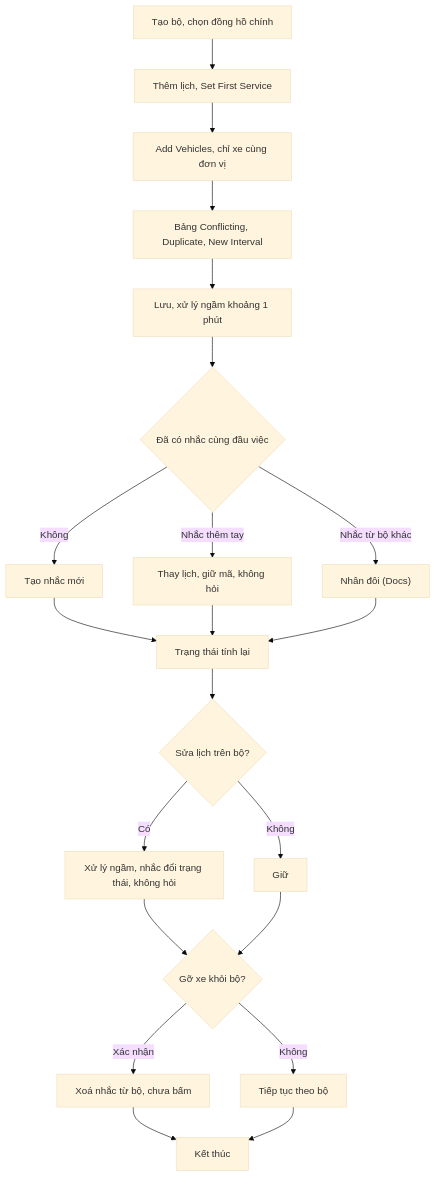
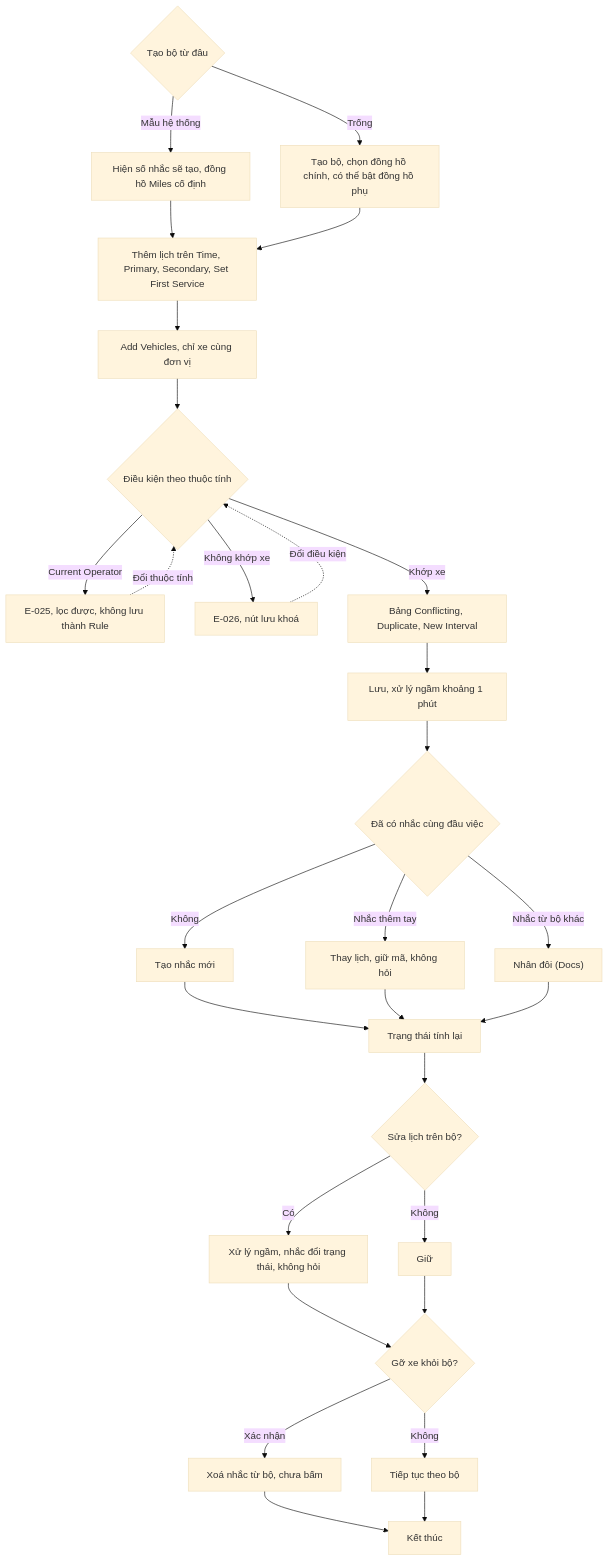
One commit to szitphan/invlogis changed the sixth of 17 diagrams in docs/_research/fleetio/srs/fleetio-reminders-inspection-flows.md. Above: the diagram before and after it, drawn with Mermaid (base theme). The commit also changed other lines of this file and 113 other files, not shown here.

````diff
--- a/docs/_research/fleetio/srs/fleetio-reminders-inspection-flows.md
+++ b/docs/_research/fleetio/srs/fleetio-reminders-inspection-flows.md
@@ -152,23 +157,32 @@
 ```mermaid
 flowchart TD
-    A["Tạo bộ, chọn đồng hồ chính"] --> B["Thêm lịch, Set First Service"]
+    A0{"Tạo bộ từ đâu"}
+    A0 -->|"Mẫu hệ thống"| A1["Hiện số nhắc sẽ tạo, đồng hồ Miles cố định"]
+    A0 -->|"Trống"| A["Tạo bộ, chọn đồng hồ chính, có thể bật đồng hồ phụ"]
+    A1 --> B
+    A --> B["Thêm lịch trên Time, Primary, Secondary, Set First Service"]
     B --> C["Add Vehicles, chỉ xe cùng đơn vị"]
-    C --> D["Bảng Conflicting, Duplicate, New Interval"]
+    C --> C1{"Điều kiện theo thuộc tính"}
+    C1 -->|"Current Operator"| E25["E-025, lọc được, không lưu thành Rule"]
+    E25 -.->|"Đổi thuộc tính"| C1
+    C1 -->|"Không khớp xe"| E26["E-026, nút lưu khoá"]
+    E26 -.->|"Đổi điều kiện"| C1
+    C1 -->|"Khớp xe"| D["Bảng Conflicting, Duplicate, New Interval"]
     D --> E["Lưu, xử lý ngầm khoảng 1 phút"]
     E --> F{"Đã có nhắc cùng đầu việc"}
     F -->|"Không"| G["Tạo nhắc mới"]
     F -->|"Nhắc thêm tay"| H["Thay lịch, giữ mã, không hỏi"]
     F -->|"Nhắc từ bộ khác"| I["Nhân đôi (Docs)"]
     G --> J["Trạng thái tính lại"]
     H --> J
     I --> J
     J --> K{"Sửa lịch trên bộ?"}
     K -->|"Có"| L["Xử lý ngầm, nhắc đổi trạng thái, không hỏi"]
     K -->|"Không"| M["Giữ"]
     L --> N{"Gỡ xe khỏi bộ?"}
     M --> N
     N -->|"Xác nhận"| O["Xoá nhắc từ bộ, chưa bấm"]
     N -->|"Không"| P["Tiếp tục theo bộ"]
     O --> End["Kết thúc"]
     P --> End["Kết thúc"]
 ```
````
